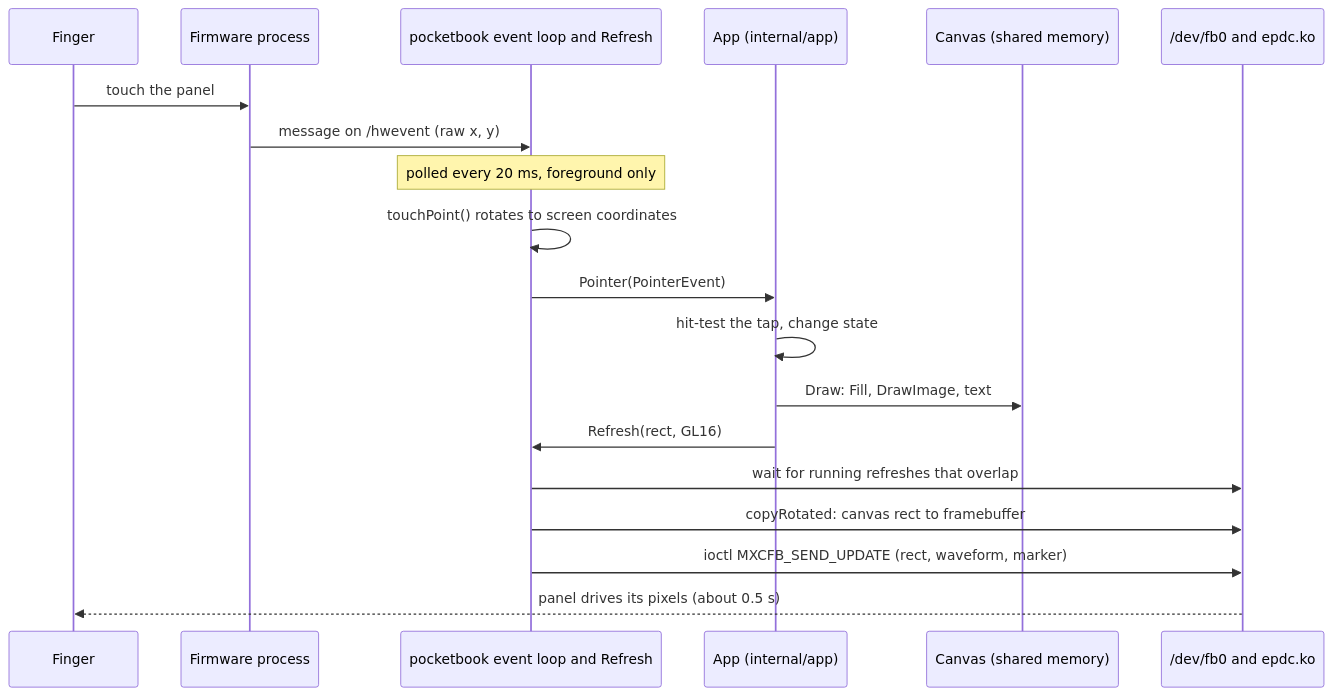
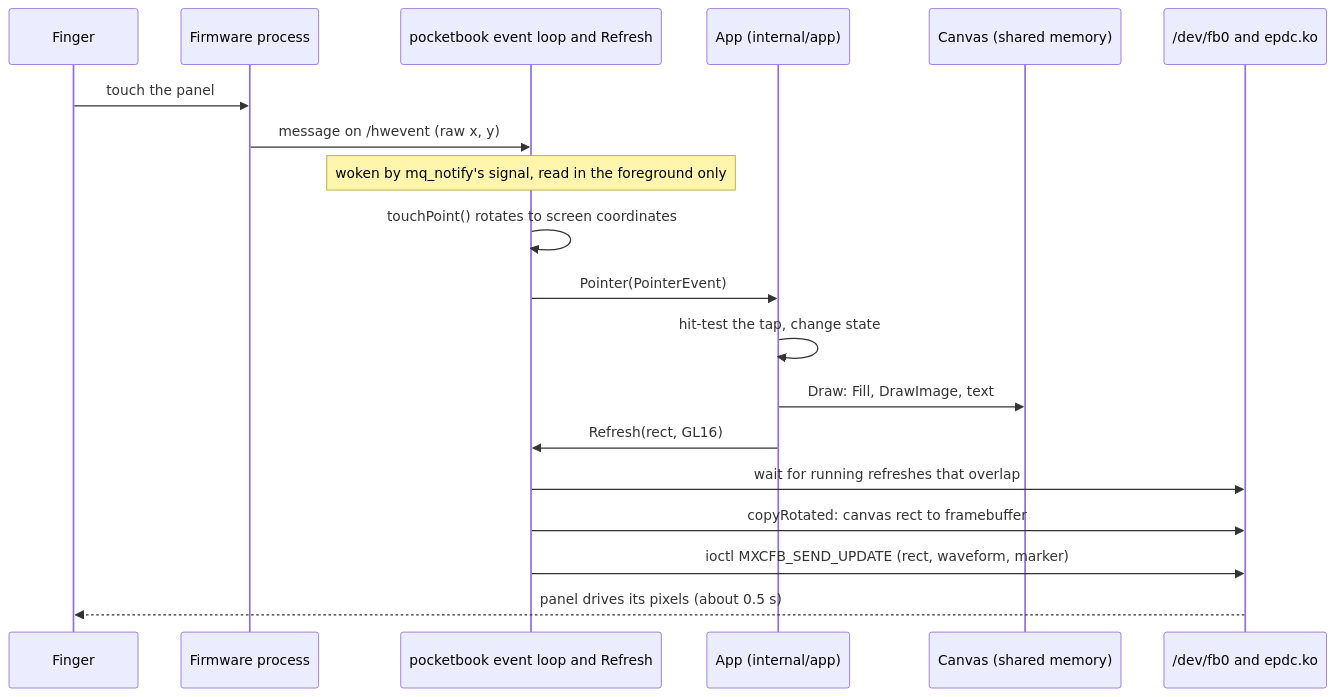
The diagram in docs/reference/eink-and-firmware.md (CedricHerzog/inkshelf), drawn with Mermaid before and after one commit. The commit also changed other lines of this file and 9 other files, not shown here.

````diff
--- a/docs/reference/eink-and-firmware.md
+++ b/docs/reference/eink-and-firmware.md
@@ -160,21 +177,21 @@
 ```mermaid
 sequenceDiagram
     participant Finger
     participant Firmware as Firmware process
     participant EventLoop as pocketbook event loop and Refresh
     participant App as App (internal/app)
     participant Canvas as Canvas (shared memory)
     participant FB as /dev/fb0 and epdc.ko
     Finger->>Firmware: touch the panel
     Firmware->>EventLoop: message on /hwevent (raw x, y)
-    Note over EventLoop: polled every 20 ms, foreground only
+    Note over EventLoop: woken by mq_notify's signal, read in the foreground only
     EventLoop->>EventLoop: touchPoint() rotates to screen coordinates
     EventLoop->>App: Pointer(PointerEvent)
     App->>App: hit-test the tap, change state
     App->>Canvas: Draw: Fill, DrawImage, text
     App->>EventLoop: Refresh(rect, GL16)
     EventLoop->>FB: wait for running refreshes that overlap
     EventLoop->>FB: copyRotated: canvas rect to framebuffer
     EventLoop->>FB: ioctl MXCFB_SEND_UPDATE (rect, waveform, marker)
     FB-->>Finger: panel drives its pixels (about 0.5 s)
 ```
````
